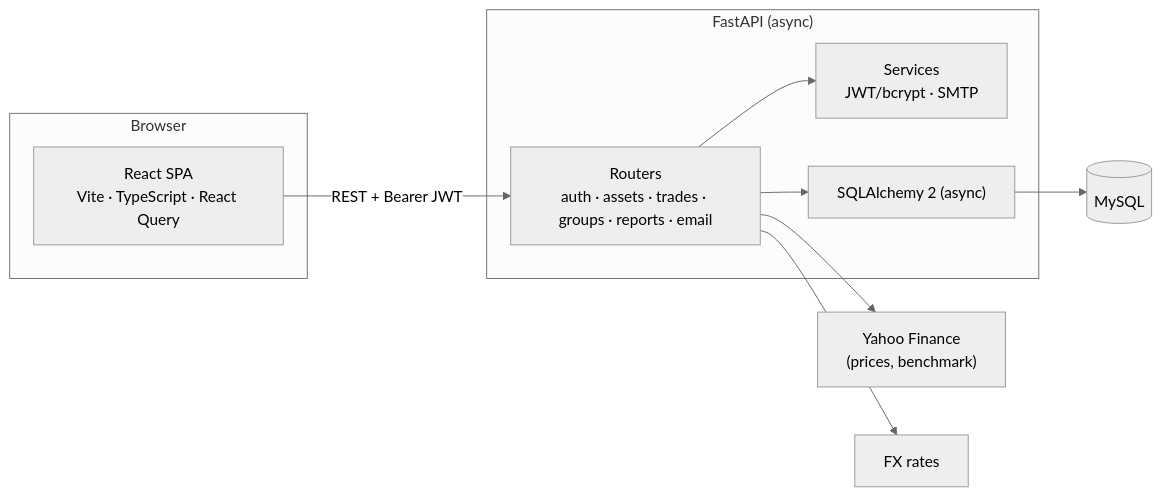
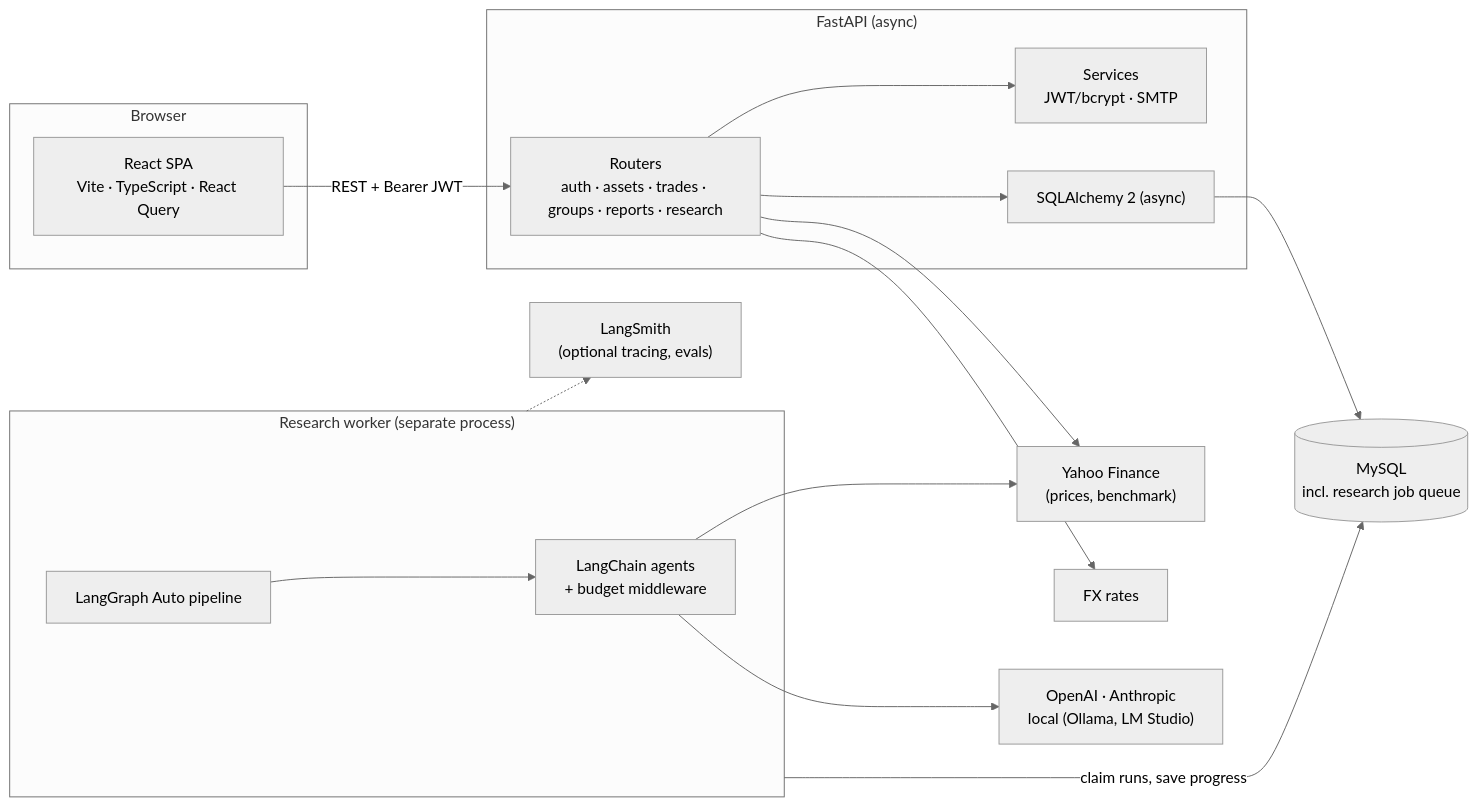
Before and after one commit to bhanu18/portfolio-manager: the first of 2 diagrams in README.md, drawn with Mermaid (neutral theme). The commit also changed other lines of this file and 1 other file, not shown here.

First line of the commit message:
docs: README covers the LangChain/LangGraph research architecture

````diff
--- a/README.md
+++ b/README.md
@@ -35,20 +40,30 @@
 ```mermaid
 flowchart LR
     subgraph Browser
         UI["React SPA<br/>Vite · TypeScript · React Query"]
     end
     subgraph API["FastAPI (async)"]
-        R["Routers<br/>auth · assets · trades · groups · reports · email"]
+        R["Routers<br/>auth · assets · trades · groups · reports · research"]
         S["Services<br/>JWT/bcrypt · SMTP"]
         D["SQLAlchemy 2 (async)"]
     end
-    DB[("MySQL")]
+    DB[("MySQL<br/>incl. research job queue")]
     YF["Yahoo Finance<br/>(prices, benchmark)"]
     FX["FX rates"]
+    subgraph Worker["Research worker (separate process)"]
+        G["LangGraph Auto pipeline"]
+        A["LangChain agents<br/>+ budget middleware"]
+    end
+    LLM["OpenAI · Anthropic<br/>local (Ollama, LM Studio)"]
+    LS["LangSmith<br/>(optional tracing, evals)"]
 
     UI -- "REST + Bearer JWT" --> R
     R --> S
     R --> D --> DB
     R --> YF
     R --> FX
+    Worker -- "claim runs, save progress" --> DB
+    G --> A --> LLM
+    A --> YF
+    Worker -.-> LS
 ```
````
